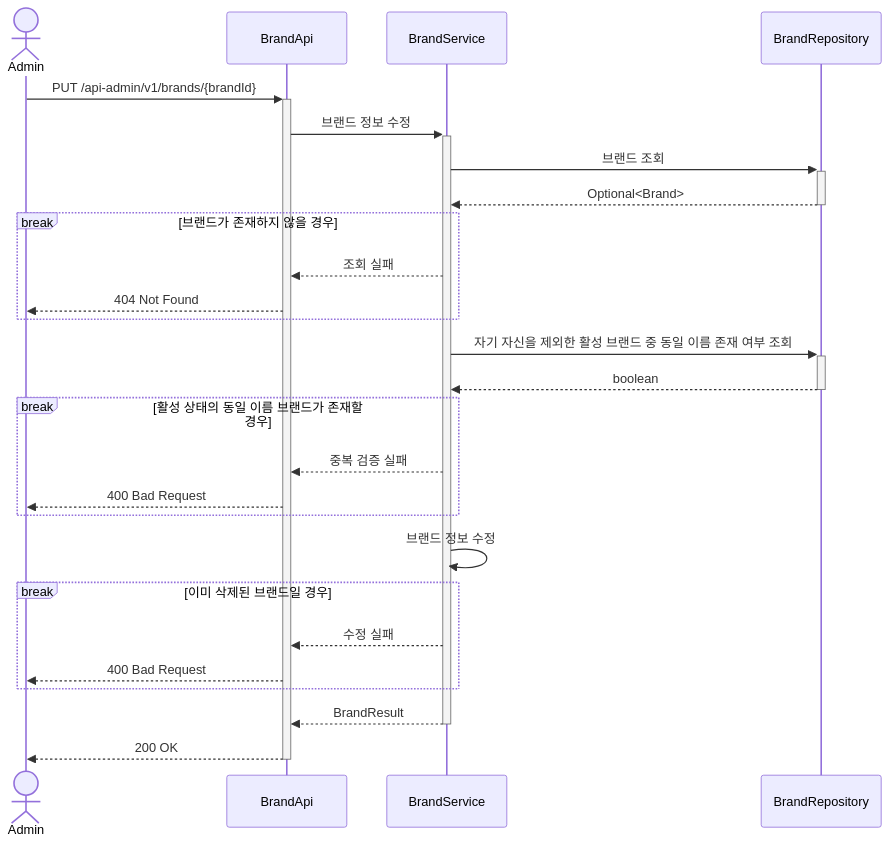
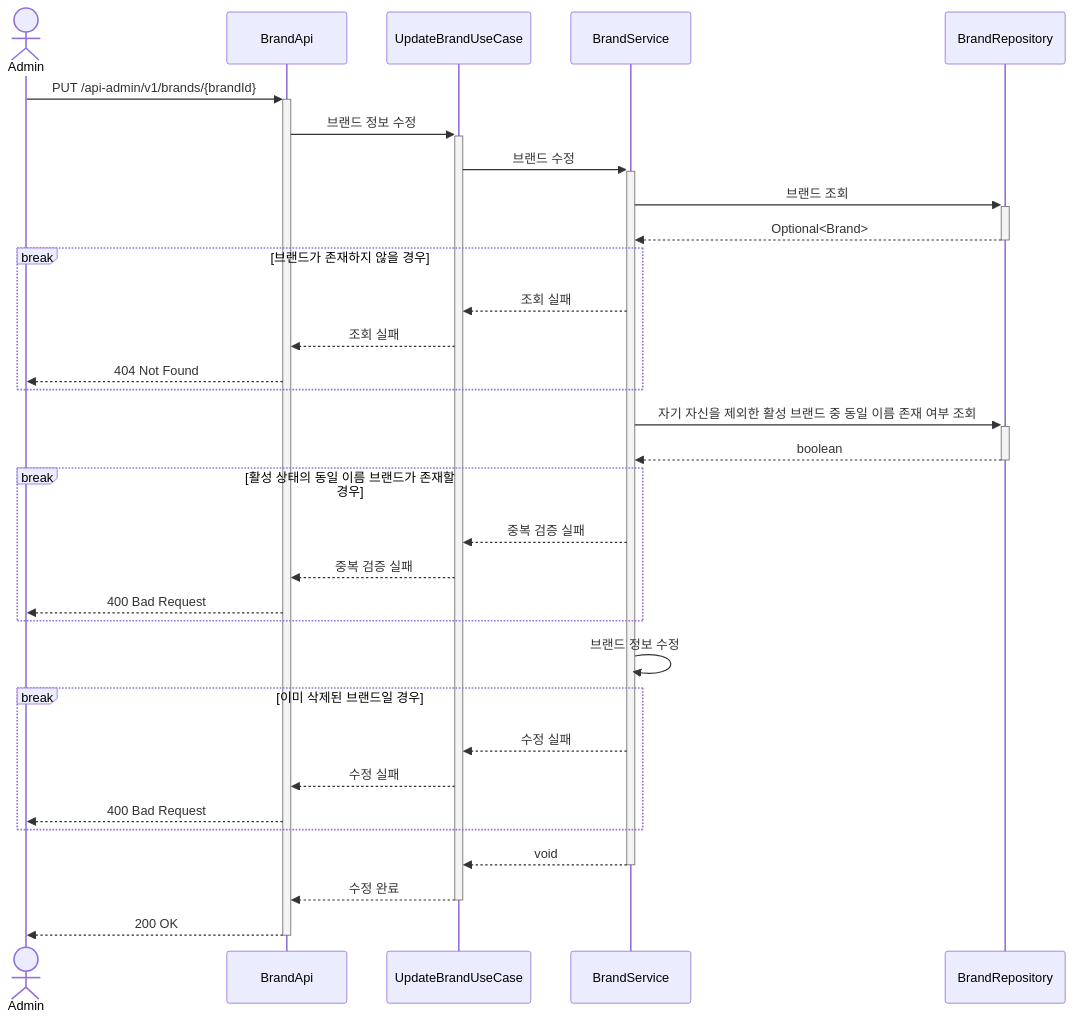
One commit to Loopers-dev-lab/loop-pack-be-l2-vol3-java changed the sixth of 23 diagrams in .docs/design/02-sequence-diagrams.md. Above: the diagram before and after it, drawn with Mermaid. The commit also changed other lines of this file and 88 other files, not shown here.

````diff
--- a/.docs/design/02-sequence-diagrams.md
+++ b/.docs/design/02-sequence-diagrams.md
@@ -201,35 +210,41 @@
 ```mermaid
 sequenceDiagram
     actor Admin
     participant BrandApi
+    participant UpdateBrandUseCase
     participant BrandService
     participant BrandRepository
 
     Admin ->>+ BrandApi: PUT /api-admin/v1/brands/{brandId}
-    BrandApi ->>+ BrandService: 브랜드 정보 수정
+    BrandApi ->>+ UpdateBrandUseCase: 브랜드 정보 수정
+    UpdateBrandUseCase ->>+ BrandService: 브랜드 수정
     BrandService ->>+ BrandRepository: 브랜드 조회
     BrandRepository -->>- BrandService: Optional<Brand>
 
     break 브랜드가 존재하지 않을 경우
-        BrandService -->> BrandApi: 조회 실패
+        BrandService -->> UpdateBrandUseCase: 조회 실패
+        UpdateBrandUseCase -->> BrandApi: 조회 실패
         BrandApi -->> Admin: 404 Not Found
     end
 
     BrandService ->>+ BrandRepository: 자기 자신을 제외한 활성 브랜드 중 동일 이름 존재 여부 조회
     BrandRepository -->>- BrandService: boolean
 
     break 활성 상태의 동일 이름 브랜드가 존재할 경우
-        BrandService -->> BrandApi: 중복 검증 실패
+        BrandService -->> UpdateBrandUseCase: 중복 검증 실패
+        UpdateBrandUseCase -->> BrandApi: 중복 검증 실패
         BrandApi -->> Admin: 400 Bad Request
     end
 
     BrandService ->> BrandService: 브랜드 정보 수정
 
     break 이미 삭제된 브랜드일 경우
-        BrandService -->> BrandApi: 수정 실패
+        BrandService -->> UpdateBrandUseCase: 수정 실패
+        UpdateBrandUseCase -->> BrandApi: 수정 실패
         BrandApi -->> Admin: 400 Bad Request
     end
 
-    BrandService -->>- BrandApi: BrandResult
+    BrandService -->>- UpdateBrandUseCase: void
+    UpdateBrandUseCase -->>- BrandApi: 수정 완료
     BrandApi -->>- Admin: 200 OK
 ```
````
